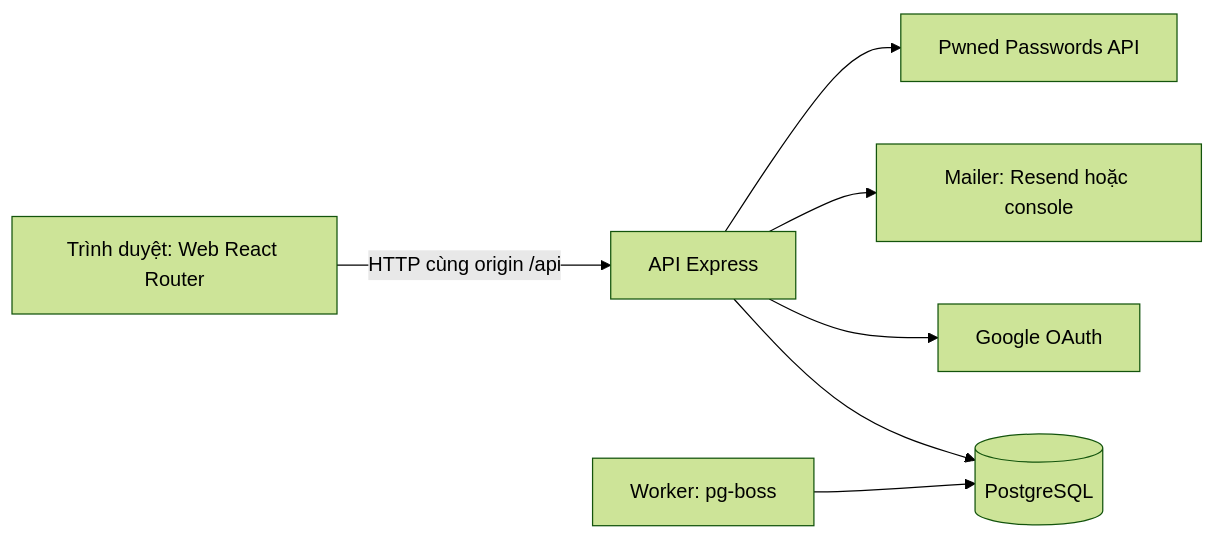
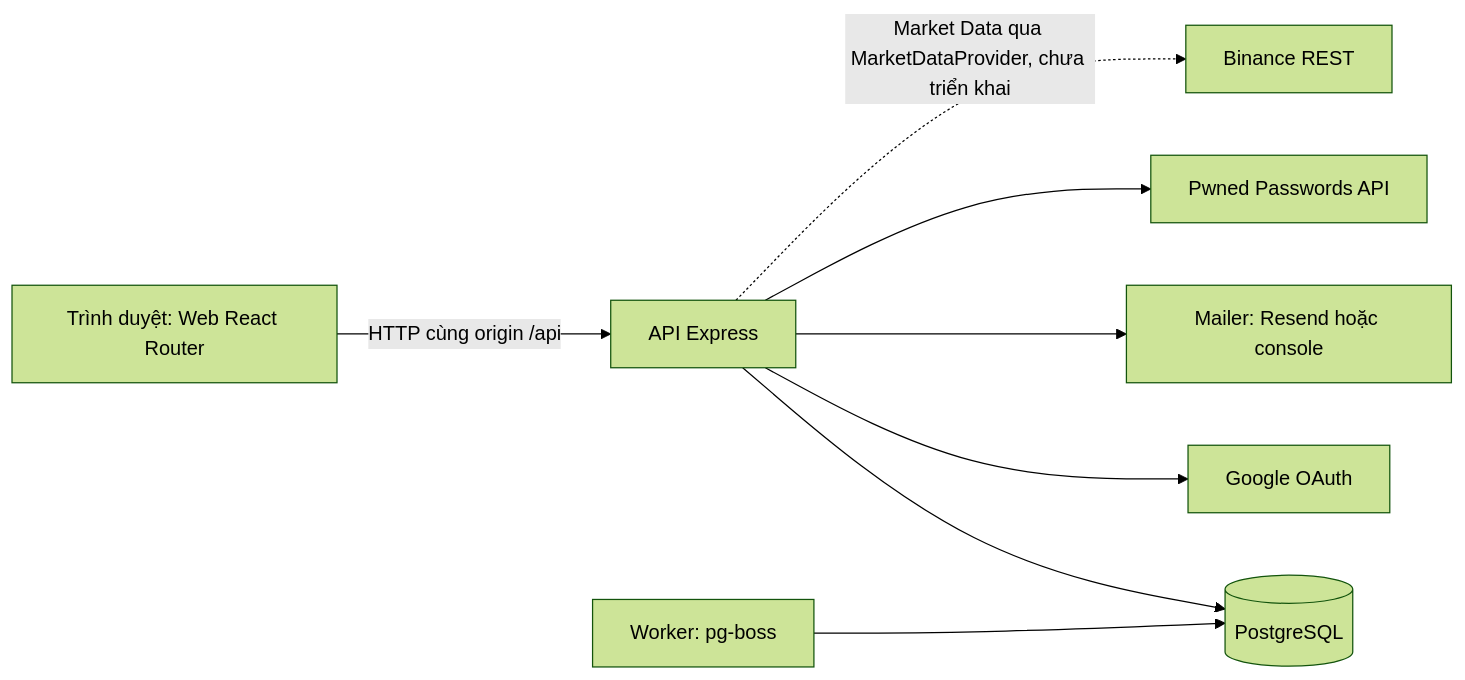
Before and after one commit to BuhDuy256/crypto-force: the second of 2 diagrams in docs/architecture/00-system.md, drawn with Mermaid (forest theme). The commit also changed other lines of this file and 7 other files, not shown here.

First line of the commit message:
docs: design Market Data boundaries and flow for the REST round

````diff
--- a/docs/architecture/00-system.md
+++ b/docs/architecture/00-system.md
@@ -29,9 +29,10 @@
 ```mermaid
 flowchart LR
     B[Trình duyệt: Web React Router] -- HTTP cùng origin /api --> A[API Express]
     A --> D[(PostgreSQL)]
     A --> G[Google OAuth]
     A --> R[Mailer: Resend hoặc console]
     A --> P[Pwned Passwords API]
     W[Worker: pg-boss] --> D
+    A -. Market Data qua MarketDataProvider, chưa triển khai .-> BI[Binance REST]
 ```
````
